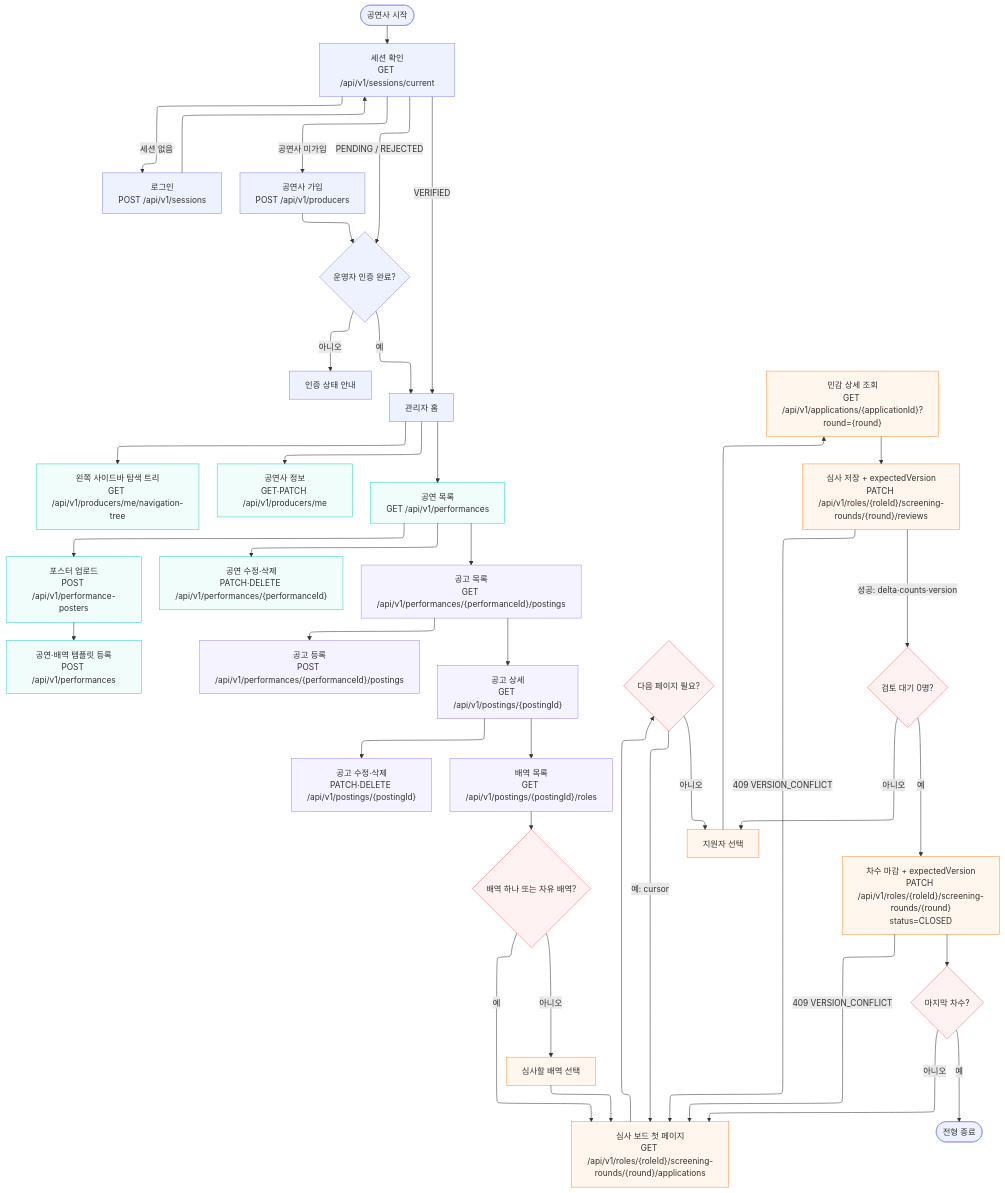
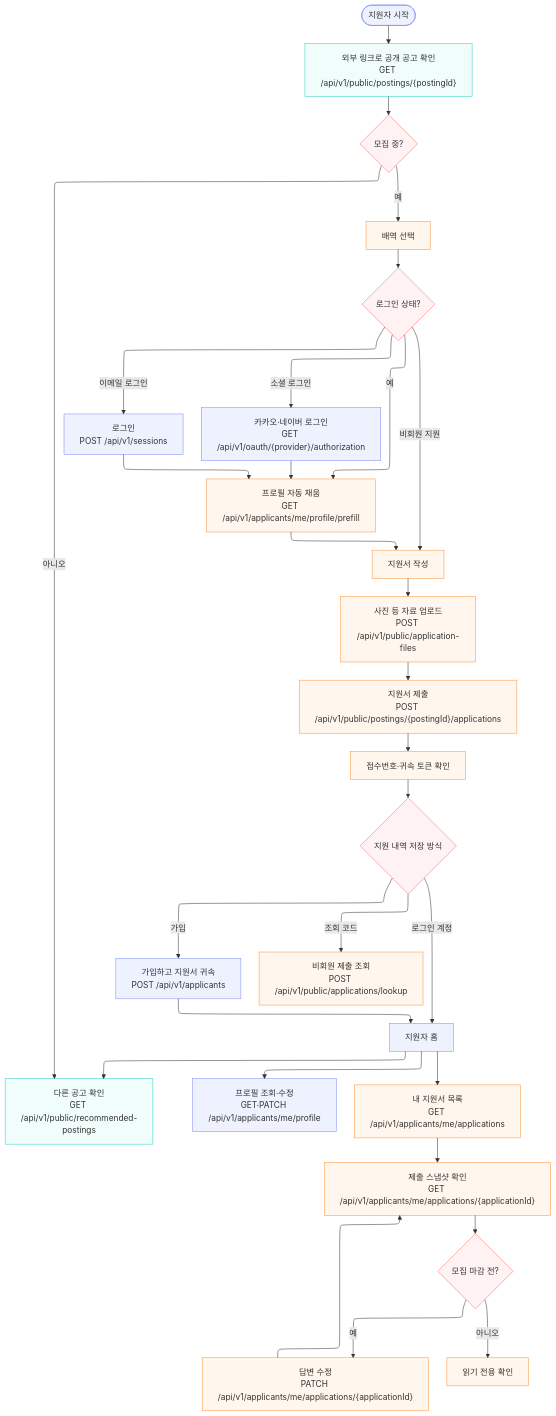
Before and after one commit to woowacourse-teams/2026-yesulin: the diagram in docs/flowchart/actor.mmd, drawn with Mermaid. The commit also changed 3 other files, not shown here.

```diff
--- a/docs/flowchart/actor.mmd
+++ b/docs/flowchart/actor.mmd
@@ -1,71 +1,59 @@
 ---
 config:
   layout: elk
 ---
 flowchart TB
-    START(["공연사 시작"]) --> SESSION["세션 확인<br>GET /api/v1/sessions/current"]
-    SESSION -- 세션 없음 --> LOGIN["로그인<br>POST /api/v1/sessions"]
-    LOGIN --> SESSION
-    SESSION -- 공연사 미가입 --> SIGNUP["공연사 가입<br>POST /api/v1/producers"]
-    SIGNUP --> VERIFY{"운영자 인증 완료?"}
-    SESSION -- PENDING / REJECTED --> VERIFY
-    VERIFY -- 아니오 --> WAIT["인증 상태 안내"]
-    VERIFY -- 예 --> HOME["관리자 홈"]
-    SESSION -- VERIFIED --> HOME
-    HOME --> NAV["왼쪽 사이드바 탐색 트리<br>GET /api/v1/producers/me/navigation-tree"] & PROFILE["공연사 정보<br>GET·PATCH /api/v1/producers/me"] & PERF["공연 목록<br>GET /api/v1/performances"]
-    PERF --> NEW_PERF["포스터 업로드<br>POST /api/v1/performance-posters"] & EDIT_PERF["공연 수정·삭제<br>PATCH·DELETE /api/v1/performances/{performanceId}"] & POSTINGS["공고 목록<br>GET /api/v1/performances/{performanceId}/postings"]
-    NEW_PERF --> CREATE_PERF["공연·배역 템플릿 등록<br>POST /api/v1/performances"]
-    POSTINGS --> CREATE_POSTING["공고 등록<br>POST /api/v1/performances/{performanceId}/postings"] & POSTING_DETAIL["공고 상세<br>GET /api/v1/postings/{postingId}"]
-    POSTING_DETAIL --> EDIT_POSTING["공고 수정·삭제<br>PATCH·DELETE /api/v1/postings/{postingId}"] & ROLES["배역 목록<br>GET /api/v1/postings/{postingId}/roles"]
-    ROLES --> SOLE{"배역 하나 또는 자유 배역?"}
-    SOLE -- 예 --> BOARD["심사 보드 첫 페이지<br>GET /api/v1/roles/{roleId}/screening-rounds/{round}/applications"]
-    SOLE -- 아니오 --> CHOOSE_ROLE["심사할 배역 선택"]
-    CHOOSE_ROLE --> BOARD
-    BOARD --> MORE{"다음 페이지 필요?"}
-    MORE -- 예: cursor --> BOARD
-    MORE -- 아니오 --> SELECT["지원자 선택"]
-    SELECT --> APP_DETAIL["민감 상세 조회<br>GET /api/v1/applications/{applicationId}?round={round}"]
-    APP_DETAIL --> REVIEW["심사 저장 + expectedVersion<br>PATCH /api/v1/roles/{roleId}/screening-rounds/{round}/reviews"]
-    REVIEW -- 409 VERSION_CONFLICT --> BOARD
-    REVIEW -- 성공: delta·counts·version --> DONE{"검토 대기 0명?"}
-    DONE -- 아니오 --> SELECT
-    DONE -- 예 --> CLOSE["차수 마감 + expectedVersion<br>PATCH /api/v1/roles/{roleId}/screening-rounds/{round}<br>status=CLOSED"]
-    CLOSE -- 409 VERSION_CONFLICT --> BOARD
-    CLOSE --> LAST{"마지막 차수?"}
-    LAST -- 아니오 --> BOARD
-    LAST -- 예 --> FINISH(["전형 종료"])
+    START(["지원자 시작"]) --> PUBLIC["외부 링크로 공개 공고 확인<br>GET /api/v1/public/postings/{postingId}"]
+    PUBLIC --> OPEN{"모집 중?"}
+    OPEN -- 아니오 --> RECOMMEND["다른 공고 확인<br>GET /api/v1/public/recommended-postings"]
+    OPEN -- 예 --> ROLE["배역 선택"]
+    ROLE --> MEMBER{"로그인 상태?"}
+    MEMBER -- 예 --> PREFILL["프로필 자동 채움<br>GET /api/v1/applicants/me/profile/prefill"]
+    MEMBER -- 이메일 로그인 --> LOGIN["로그인<br>POST /api/v1/sessions"]
+    LOGIN --> PREFILL
+    MEMBER -- 소셜 로그인 --> SOCIAL["카카오·네이버 로그인<br>GET /api/v1/oauth/{provider}/authorization"]
+    SOCIAL --> PREFILL
+    MEMBER -- 비회원 지원 --> FORM["지원서 작성"]
+    PREFILL --> FORM
+    FORM --> FILES["사진 등 자료 업로드<br>POST /api/v1/public/application-files"]
+    FILES --> SUBMIT["지원서 제출<br>POST /api/v1/public/postings/{postingId}/applications"]
+    SUBMIT --> RECEIPT["접수번호·귀속 토큰 확인"]
+    RECEIPT --> AFTER{"지원 내역 저장 방식"}
+    AFTER -- 로그인 계정 --> HOME["지원자 홈"]
+    AFTER -- 가입 --> SIGNUP["가입하고 지원서 귀속<br>POST /api/v1/applicants"]
+    AFTER -- 조회 코드 --> LOOKUP["비회원 제출 조회<br>POST /api/v1/public/applications/lookup"]
+    SIGNUP --> HOME
+    HOME --> PROFILE["프로필 조회·수정<br>GET·PATCH /api/v1/applicants/me/profile"] & APPLICATIONS["내 지원서 목록<br>GET /api/v1/applicants/me/applications"] & RECOMMEND
+    APPLICATIONS --> DETAIL["제출 스냅샷 확인<br>GET /api/v1/applicants/me/applications/{applicationId}"]
+    DETAIL --> EDIT{"모집 마감 전?"}
+    EDIT -- 예 --> UPDATE["답변 수정<br>PATCH /api/v1/applicants/me/applications/{applicationId}"]
+    EDIT -- 아니오 --> READONLY["읽기 전용 확인"]
+    UPDATE --> DETAIL
 
-     START:::authNode
-     SESSION:::authNode
-     LOGIN:::authNode
-     SIGNUP:::authNode
-     VERIFY:::authNode
-     WAIT:::authNode
-     HOME:::authNode
-     NAV:::perfNode
-     PROFILE:::perfNode
-     PERF:::perfNode
-     NEW_PERF:::perfNode
-     EDIT_PERF:::perfNode
-     POSTINGS:::postingNode
-     CREATE_PERF:::perfNode
-     CREATE_POSTING:::postingNode
-     POSTING_DETAIL:::postingNode
-     EDIT_POSTING:::postingNode
-     ROLES:::postingNode
-     SOLE:::decisionNode
-     BOARD:::screeningNode
-     CHOOSE_ROLE:::screeningNode
-     MORE:::decisionNode
-     SELECT:::screeningNode
-     APP_DETAIL:::screeningNode
-     REVIEW:::screeningNode
-     DONE:::decisionNode
-     CLOSE:::screeningNode
-     LAST:::decisionNode
-     FINISH:::authNode
-    classDef authNode stroke:#818cf8,fill:#eef2ff
-    classDef perfNode stroke:#2dd4bf,fill:#f0fdfa
-    classDef postingNode stroke:#a78bfa,fill:#f5f3ff
-    classDef screeningNode stroke:#fb923c,fill:#fff7ed
+    classDef publicNode stroke:#2dd4bf,fill:#f0fdfa
+    classDef accountNode stroke:#818cf8,fill:#eef2ff
+    classDef applicationNode stroke:#fb923c,fill:#fff7ed
     classDef decisionNode stroke:#f87171,fill:#fef2f2
+    START:::accountNode
+    PUBLIC:::publicNode
+    OPEN:::decisionNode
+    RECOMMEND:::publicNode
+    ROLE:::applicationNode
+    MEMBER:::decisionNode
+    PREFILL:::applicationNode
+    FORM:::applicationNode
+    FILES:::applicationNode
+    SUBMIT:::applicationNode
+    RECEIPT:::applicationNode
+    AFTER:::decisionNode
+    LOOKUP:::applicationNode
+    SIGNUP:::accountNode
+    LOGIN:::accountNode
+    SOCIAL:::accountNode
+    HOME:::accountNode
+    PROFILE:::accountNode
+    APPLICATIONS:::applicationNode
+    DETAIL:::applicationNode
+    EDIT:::decisionNode
+    UPDATE:::applicationNode
+    READONLY:::applicationNode
```
